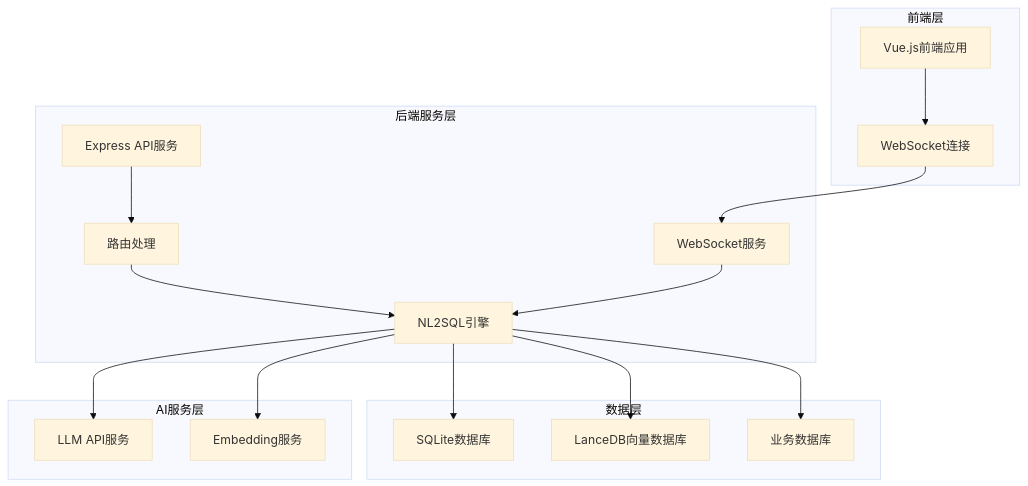
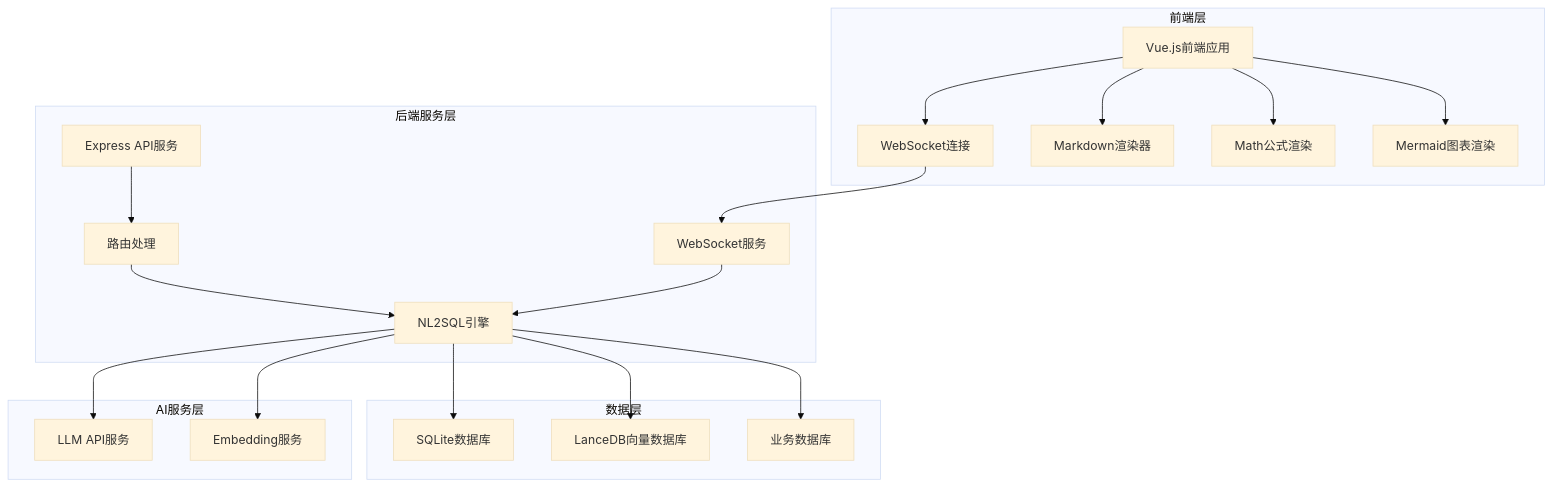
Before and after one commit to HanHuiOnLine/724-office: the diagram in .qoder/repowiki/zh/content/部署与运维/NL2SQL部署指南.md, drawn with Mermaid (base theme). The commit also changed other lines of this file and 14 other files, not shown here.

````diff
--- a/.qoder/repowiki/zh/content/部署与运维/NL2SQL部署指南.md
+++ b/.qoder/repowiki/zh/content/部署与运维/NL2SQL部署指南.md
@@ -48,32 +61,38 @@
 ```mermaid
 graph TB
 subgraph "前端层"
 FE[Vue.js前端应用]
 WS[WebSocket连接]
+MR[Markdown渲染器]
+MS[Math公式渲染]
+MG[Mermaid图表渲染]
 end
 subgraph "后端服务层"
 API[Express API服务]
 WS_S[WebSocket服务]
 ENGINE[NL2SQL引擎]
 ROUTES[路由处理]
 end
 subgraph "数据层"
 SQLITE[SQLite数据库]
 LANCEDB[LanceDB向量数据库]
 SRDB[业务数据库]
 end
 subgraph "AI服务层"
 LLM[LLM API服务]
 EMBED[Embedding服务]
 end
 FE --> WS
+FE --> MR
+FE --> MS
+FE --> MG
 WS --> WS_S
 API --> ROUTES
 ROUTES --> ENGINE
 ENGINE --> LLM
 ENGINE --> EMBED
 ENGINE --> SQLITE
 ENGINE --> LANCEDB
 ENGINE --> SRDB
 WS_S --> ENGINE
 ```
````
